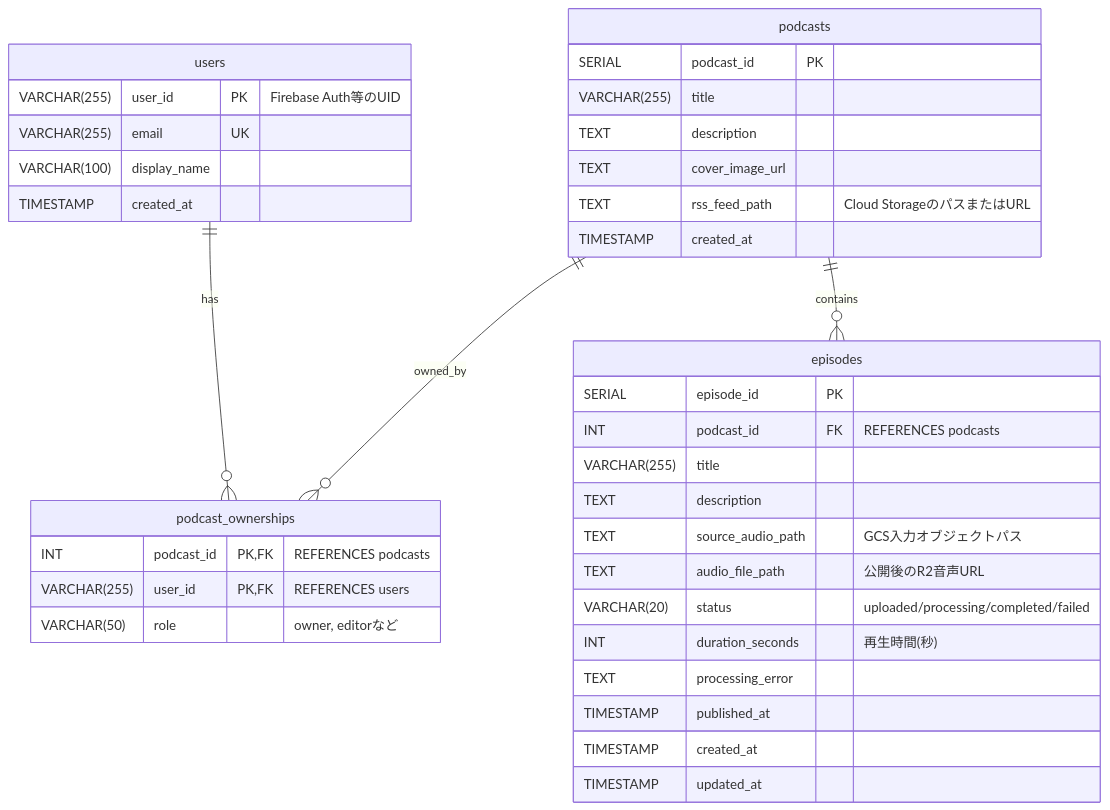
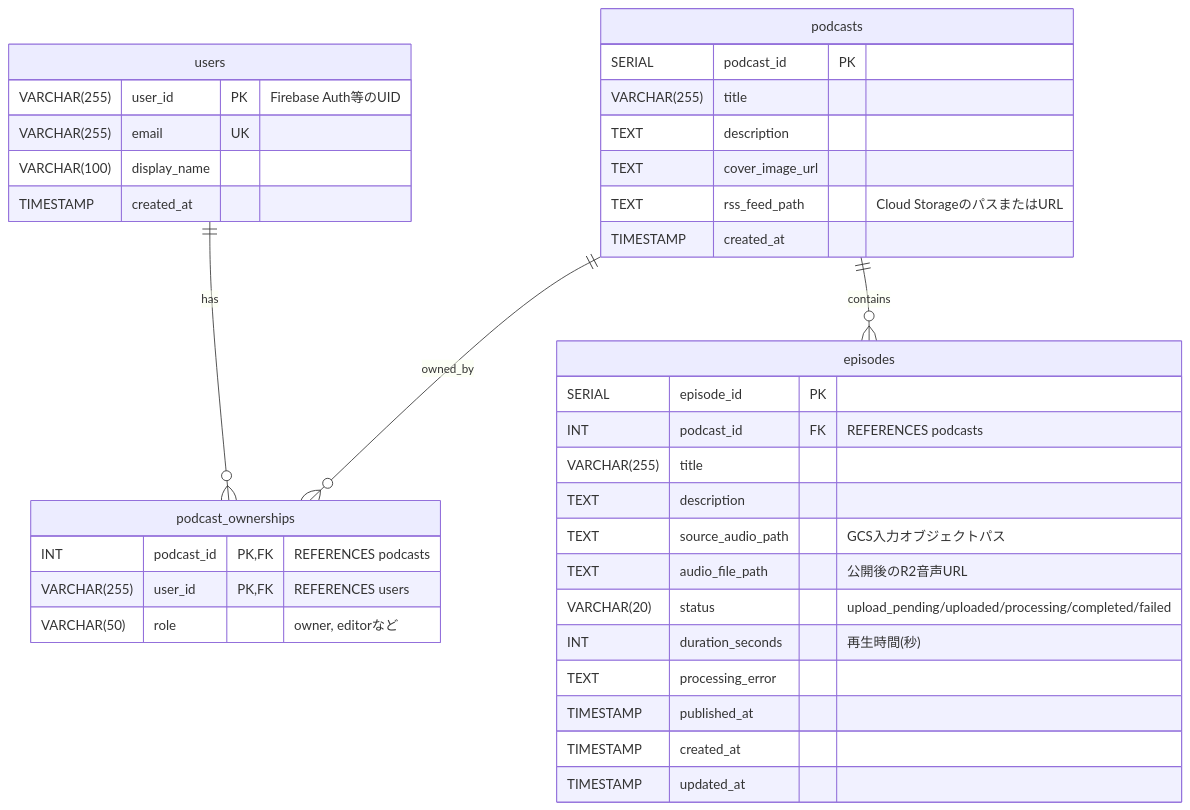
One commit to sunaba-log/sparkcast changed the diagram in automator/app/docs/DATA_SCHEMA.md. Above: the diagram before and after it, drawn with Mermaid. The commit also changed other lines of this file and 8 other files, not shown here.

````diff
--- a/automator/app/docs/DATA_SCHEMA.md
+++ b/automator/app/docs/DATA_SCHEMA.md
@@ -15,43 +15,43 @@
 ```mermaid
 erDiagram
     users ||--o{ podcast_ownerships : "has"
     podcasts ||--o{ podcast_ownerships : "owned_by"
     podcasts ||--o{ episodes : "contains"
 
     users {
         VARCHAR(255) user_id PK "Firebase Auth等のUID"
         VARCHAR(255) email UK
         VARCHAR(100) display_name
         TIMESTAMP created_at
     }
 
     podcasts {
         SERIAL podcast_id PK
         VARCHAR(255) title
         TEXT description
         TEXT cover_image_url
         TEXT rss_feed_path "Cloud StorageのパスまたはURL"
         TIMESTAMP created_at
     }
 
     podcast_ownerships {
         INT podcast_id PK,FK "REFERENCES podcasts"
         VARCHAR(255) user_id PK,FK "REFERENCES users"
         VARCHAR(50) role "owner, editorなど"
     }
 
     episodes {
         SERIAL episode_id PK
         INT podcast_id FK "REFERENCES podcasts"
         VARCHAR(255) title
         TEXT description
         TEXT source_audio_path "GCS入力オブジェクトパス"
         TEXT audio_file_path "公開後のR2音声URL"
-        VARCHAR(20) status "uploaded/processing/completed/failed"
+        VARCHAR(20) status "upload_pending/uploaded/processing/completed/failed"
         INT duration_seconds "再生時間(秒)"
         TEXT processing_error
         TIMESTAMP published_at
         TIMESTAMP created_at
         TIMESTAMP updated_at
     }
 ```
````
